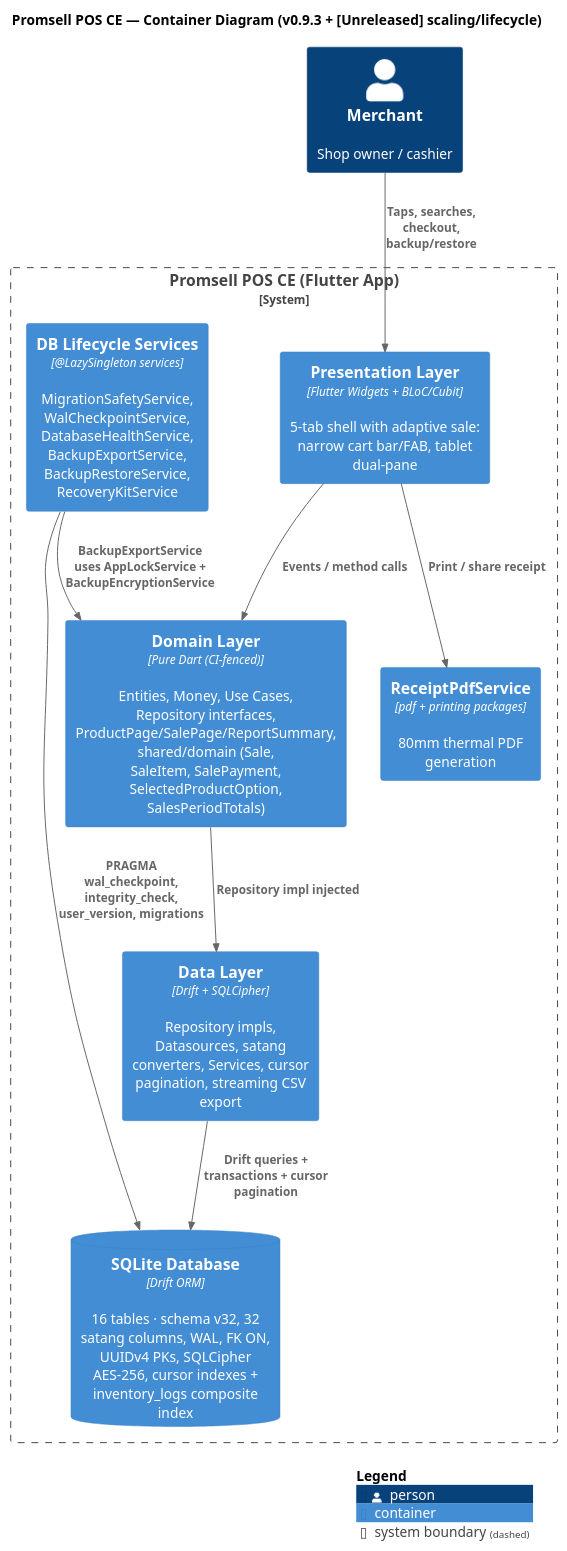
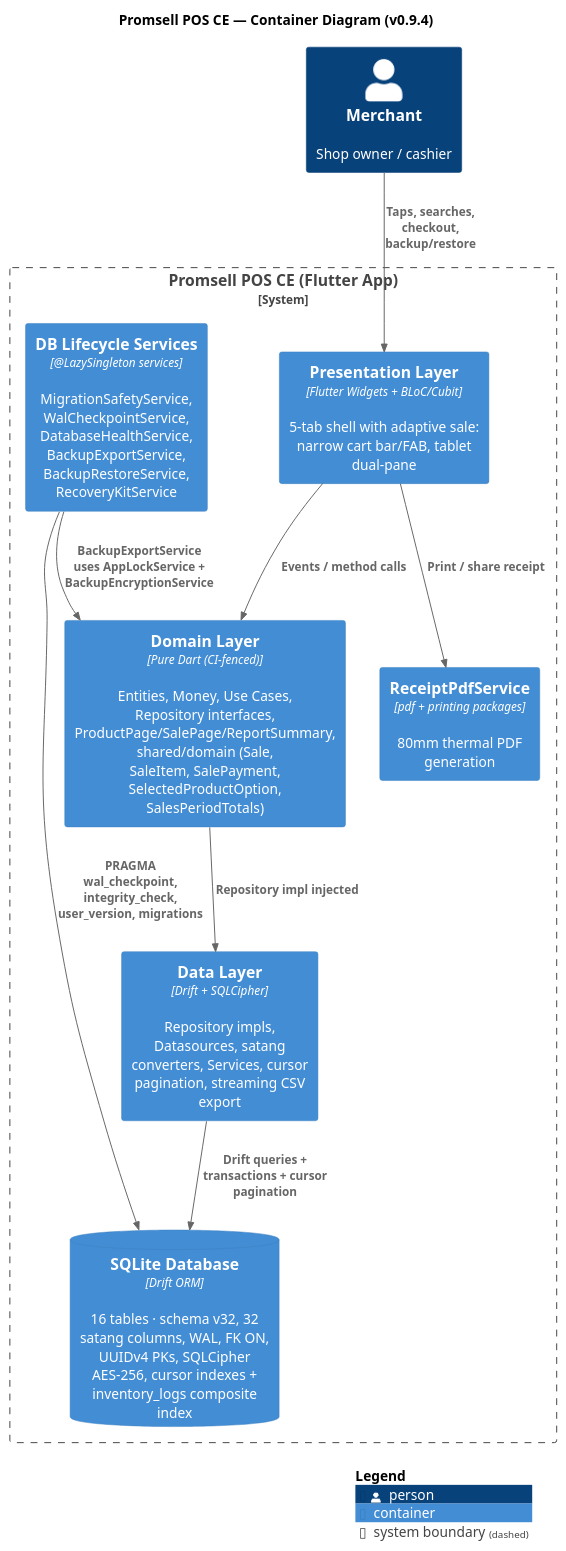
Before and after one commit to MN-Lizard-Team/promsell-pos-ce: the diagram in docs/architecture/puml/c4-container.puml, drawn with PlantUML. The commit also changed 70 other files, not shown here.

```diff
--- a/docs/architecture/puml/c4-container.puml
+++ b/docs/architecture/puml/c4-container.puml
@@ -1,26 +1,26 @@
 @startuml C4_Container
 !include https://raw.githubusercontent.com/plantuml-stdlib/C4-PlantUML/master/C4_Container.puml
 
-title Promsell POS CE — Container Diagram (v0.9.3 + [Unreleased] scaling/lifecycle)
+title Promsell POS CE — Container Diagram (v0.9.4)
 
 Person(merchant, "Merchant", "Shop owner / cashier")
 
 System_Boundary(app, "Promsell POS CE (Flutter App)") {
     Container(ui, "Presentation Layer", "Flutter Widgets + BLoC/Cubit", "5-tab shell with adaptive sale: narrow cart bar/FAB, tablet dual-pane")
     Container(domain, "Domain Layer", "Pure Dart (CI-fenced)", "Entities, Money, Use Cases, Repository interfaces, ProductPage/SalePage/ReportSummary, shared/domain (Sale, SaleItem, SalePayment, SelectedProductOption, SalesPeriodTotals)")
     Container(data, "Data Layer", "Drift + SQLCipher", "Repository impls, Datasources, satang converters, Services, cursor pagination, streaming CSV export")
     ContainerDb(sqlite, "SQLite Database", "Drift ORM", "16 tables · schema v32, 32 satang columns, WAL, FK ON, UUIDv4 PKs, SQLCipher AES-256, cursor indexes + inventory_logs composite index")
     Container(pdf, "ReceiptPdfService", "pdf + printing packages", "80mm thermal PDF generation")
     Container(lifecycle, "DB Lifecycle Services", "@LazySingleton services", "MigrationSafetyService, WalCheckpointService, DatabaseHealthService, BackupExportService, BackupRestoreService, RecoveryKitService")
 }
 
 Rel(merchant, ui, "Taps, searches, checkout, backup/restore")
 Rel(ui, domain, "Events / method calls")
 Rel(domain, data, "Repository impl injected")
 Rel(data, sqlite, "Drift queries + transactions + cursor pagination")
 Rel(ui, pdf, "Print / share receipt")
 Rel(lifecycle, sqlite, "PRAGMA wal_checkpoint, integrity_check, user_version, migrations")
 Rel(lifecycle, domain, "BackupExportService uses AppLockService + BackupEncryptionService")
 
 SHOW_LEGEND()
 @enduml
```
